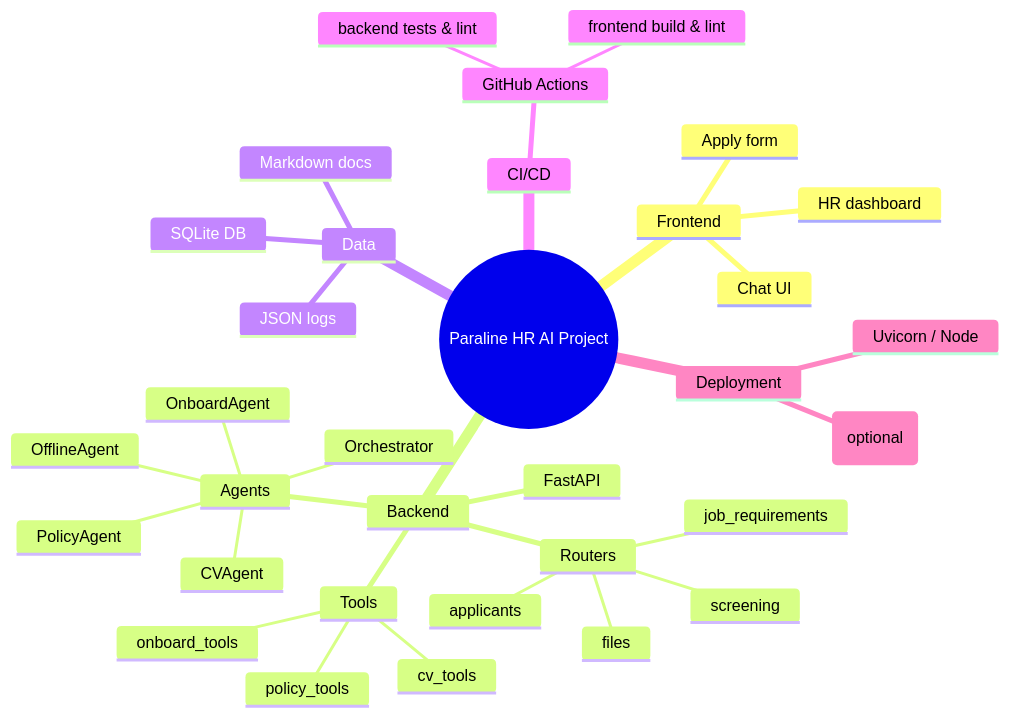
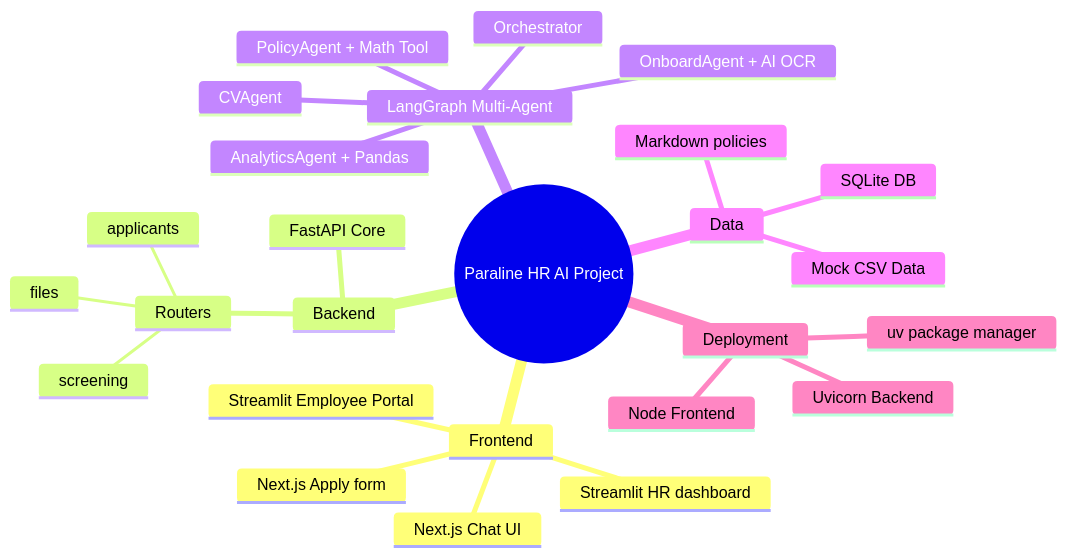
Before and after one commit to KhanhKH069/Legal-AI-Assistant: the first of 2 diagrams in README.md, drawn with Mermaid. The commit also changed other lines of this file, not shown here.

````diff
--- a/README.md
+++ b/README.md
@@ -129,36 +111,29 @@
 ```mermaid
 mindmap
   root((Paraline HR AI Project))
     Frontend
-      Chat UI
-      Apply form
-      HR dashboard
+      Next.js Chat UI
+      Next.js Apply form
+      Streamlit HR dashboard
+      Streamlit Employee Portal
     Backend
-      FastAPI
+      FastAPI Core
       Routers
         applicants
         screening
-        job_requirements
         files
-      Agents
-        Orchestrator
-        PolicyAgent
-        OnboardAgent
-        CVAgent
-        OfflineAgent
-      Tools
-        cv_tools
-        policy_tools
-        onboard_tools
+    LangGraph Multi-Agent
+      Orchestrator
+      PolicyAgent + Math Tool
+      OnboardAgent + AI OCR
+      CVAgent
+      AnalyticsAgent + Pandas
     Data
       SQLite DB
-      JSON logs
-      Markdown docs
-    CI/CD
-      GitHub Actions
-        backend tests & lint
-        frontend build & lint
+      Mock CSV Data
+      Markdown policies
     Deployment
-      Docker (optional)
-      Uvicorn / Node
+      Uvicorn Backend
+      Node Frontend
+      uv package manager
 ```
````
